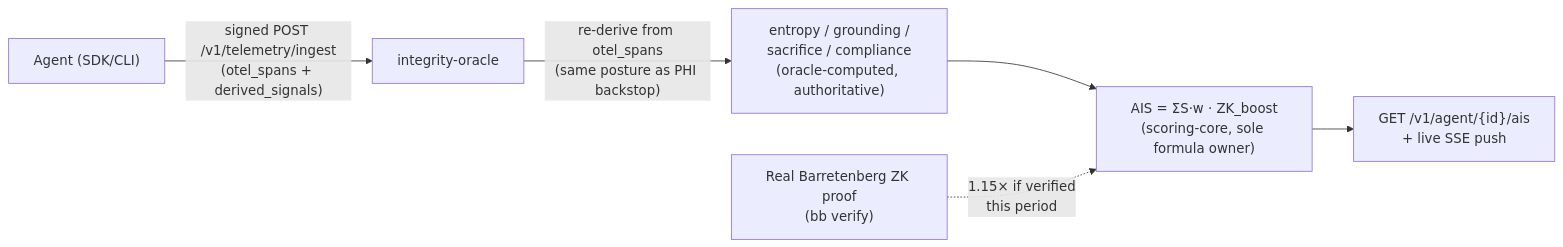
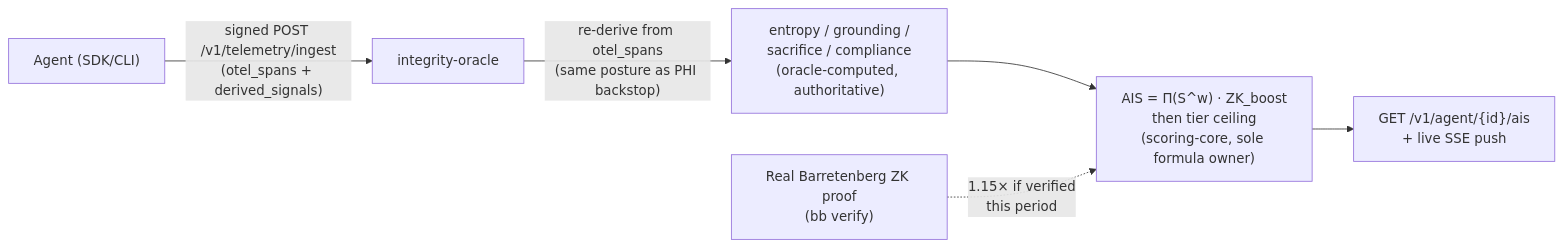
One commit to XibalbaTechSol/integrity-core changed the second of 2 diagrams in README.md. Above: the diagram before and after it, drawn with Mermaid. The commit also changed other lines of this file and 20 other files, not shown here.

````diff
--- a/README.md
+++ b/README.md
@@ -200,8 +204,8 @@
 ```mermaid
 flowchart LR
     Agent["Agent (SDK/CLI)"] -->|"signed POST /v1/telemetry/ingest<br/>(otel_spans + derived_signals)"| Oracle["integrity-oracle"]
     Oracle -->|"re-derive from otel_spans<br/>(same posture as PHI backstop)"| Recompute["entropy / grounding /<br/>sacrifice / compliance<br/>(oracle-computed, authoritative)"]
-    Recompute --> Formula["AIS = ΣS·w · ZK_boost<br/>(scoring-core, sole formula owner)"]
+    Recompute --> Formula["AIS = Π(S^w) · ZK_boost<br/>then tier ceiling<br/>(scoring-core, sole formula owner)"]
     ZK["Real Barretenberg ZK proof<br/>(bb verify)"] -.->|"1.15× if verified<br/>this period"| Formula
     Formula --> API["GET /v1/agent/{id}/ais<br/>+ live SSE push"]
 ```
````
